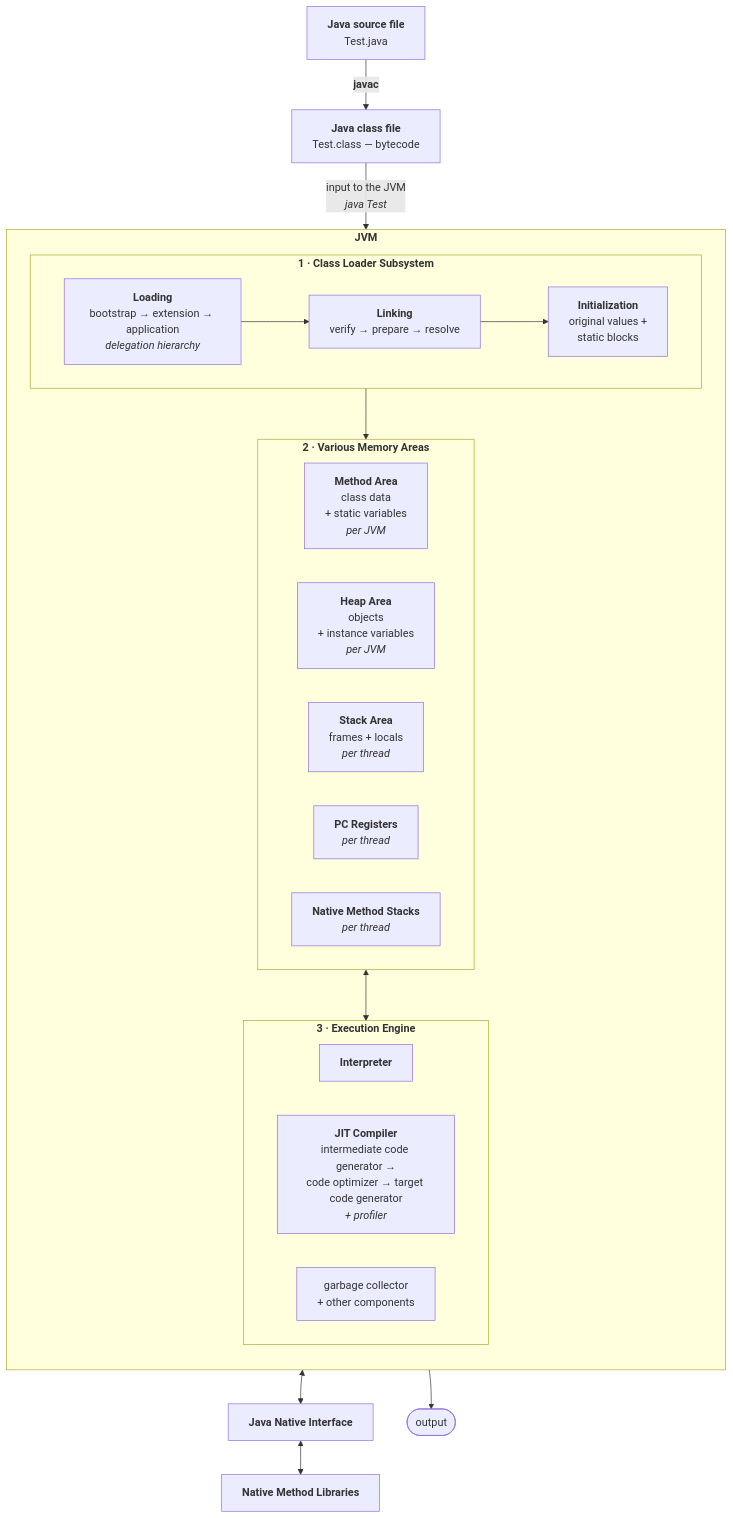
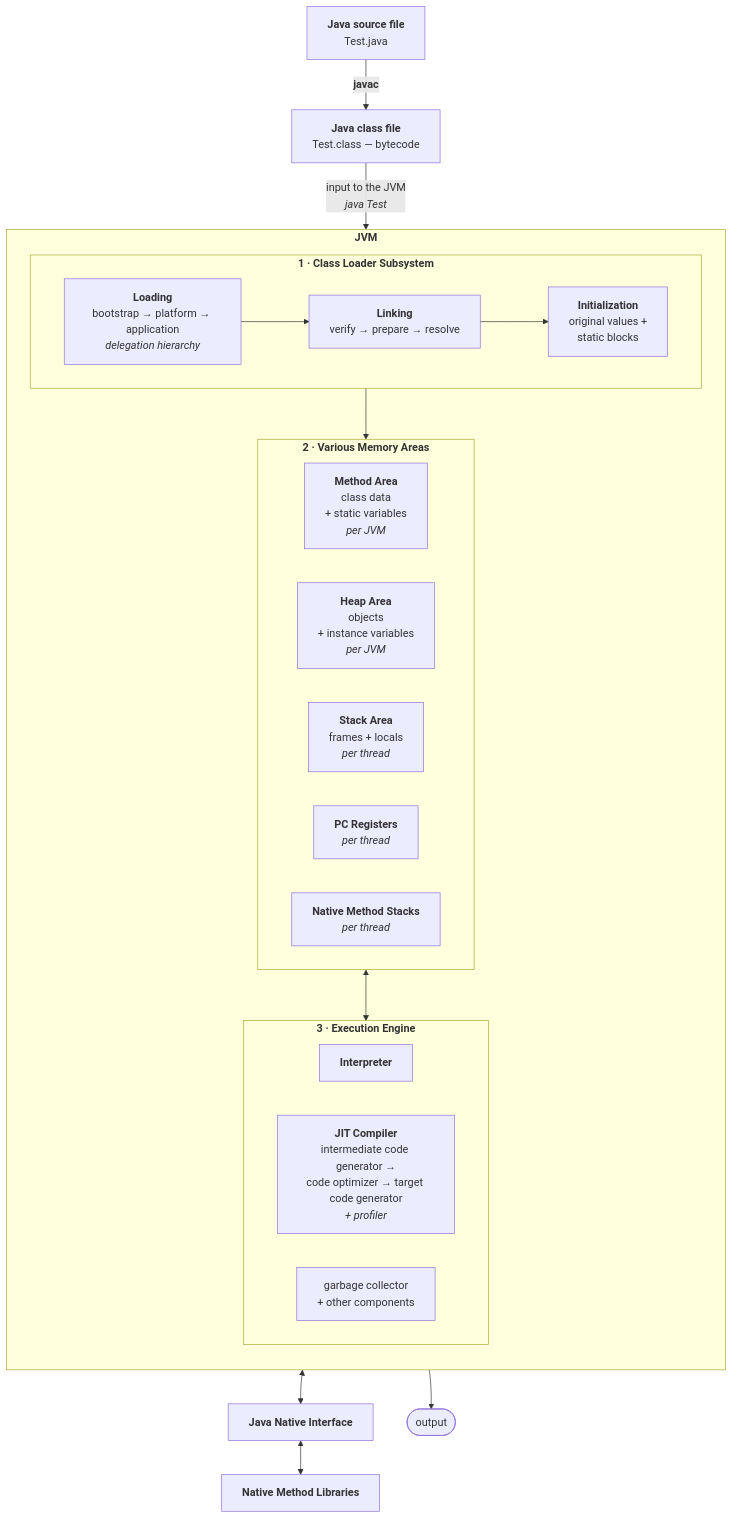
The first of 2 diagrams in Java/DURGA/JVM-ARCHITECTURE/08-Complete-Architecture-And-Class-File-Structure.md (Dummy-Bug/system-design-handbook), drawn with Mermaid before and after one commit. The commit also changed other lines of this file and 8 other files, not shown here.

````diff
--- a/Java/DURGA/JVM-ARCHITECTURE/08-Complete-Architecture-And-Class-File-Structure.md
+++ b/Java/DURGA/JVM-ARCHITECTURE/08-Complete-Architecture-And-Class-File-Structure.md
@@ -9,39 +9,39 @@
 ```mermaid
 flowchart TB
     SRC["<b>Java source file</b><br/>Test.java"] -->|"<b>javac</b>"| CLASSF["<b>Java class file</b><br/>Test.class — bytecode"]
     CLASSF -->|"input to the JVM<br/><i>java Test</i>"| CLS
 
     subgraph JVM["<b>JVM</b>"]
         direction TB
         subgraph CLS["<b>1 · Class Loader Subsystem</b>"]
             direction LR
-            LOAD["<b>Loading</b><br/>bootstrap → extension → application<br/><i>delegation hierarchy</i>"]
+            LOAD["<b>Loading</b><br/>bootstrap → platform → application<br/><i>delegation hierarchy</i>"]
             LINK["<b>Linking</b><br/>verify → prepare → resolve"]
             INIT["<b>Initialization</b><br/>original values +<br/>static blocks"]
             LOAD --> LINK --> INIT
         end
 
         subgraph MEM["<b>2 · Various Memory Areas</b>"]
             direction LR
             MA["<b>Method Area</b><br/>class data<br/>+ static variables<br/><i>per JVM</i>"]
             HA["<b>Heap Area</b><br/>objects<br/>+ instance variables<br/><i>per JVM</i>"]
             SA["<b>Stack Area</b><br/>frames + locals<br/><i>per thread</i>"]
             PC["<b>PC Registers</b><br/><i>per thread</i>"]
             NMS["<b>Native Method Stacks</b><br/><i>per thread</i>"]
         end
 
         subgraph EE["<b>3 · Execution Engine</b>"]
             direction LR
             INT["<b>Interpreter</b>"]
             JIT["<b>JIT Compiler</b><br/>intermediate code generator →<br/>code optimizer → target code generator<br/><i>+ profiler</i>"]
             GC["garbage collector<br/>+ other components"]
         end
 
         CLS --> MEM
         MEM <--> EE
     end
 
     EE <--> JNI["<b>Java Native Interface</b>"]
     JNI <--> NML["<b>Native Method Libraries</b>"]
     EE --> OUT(["output"])
 ```
````
